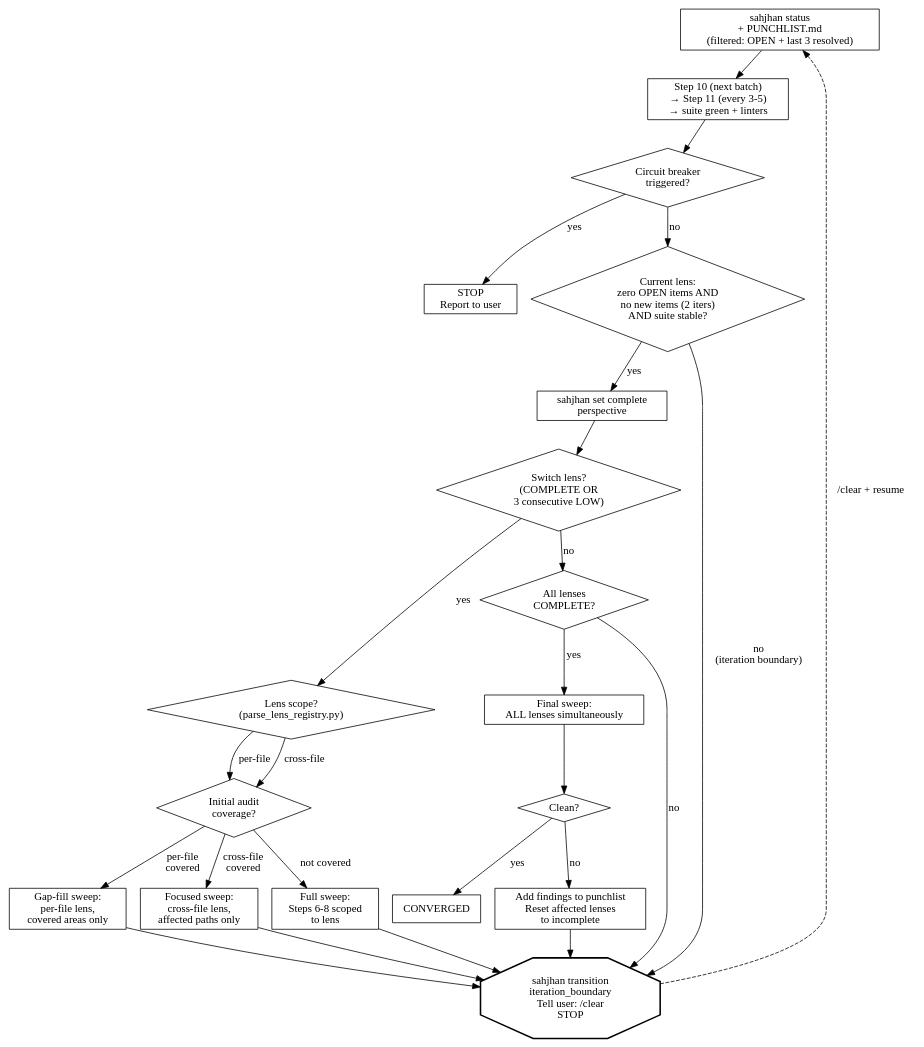
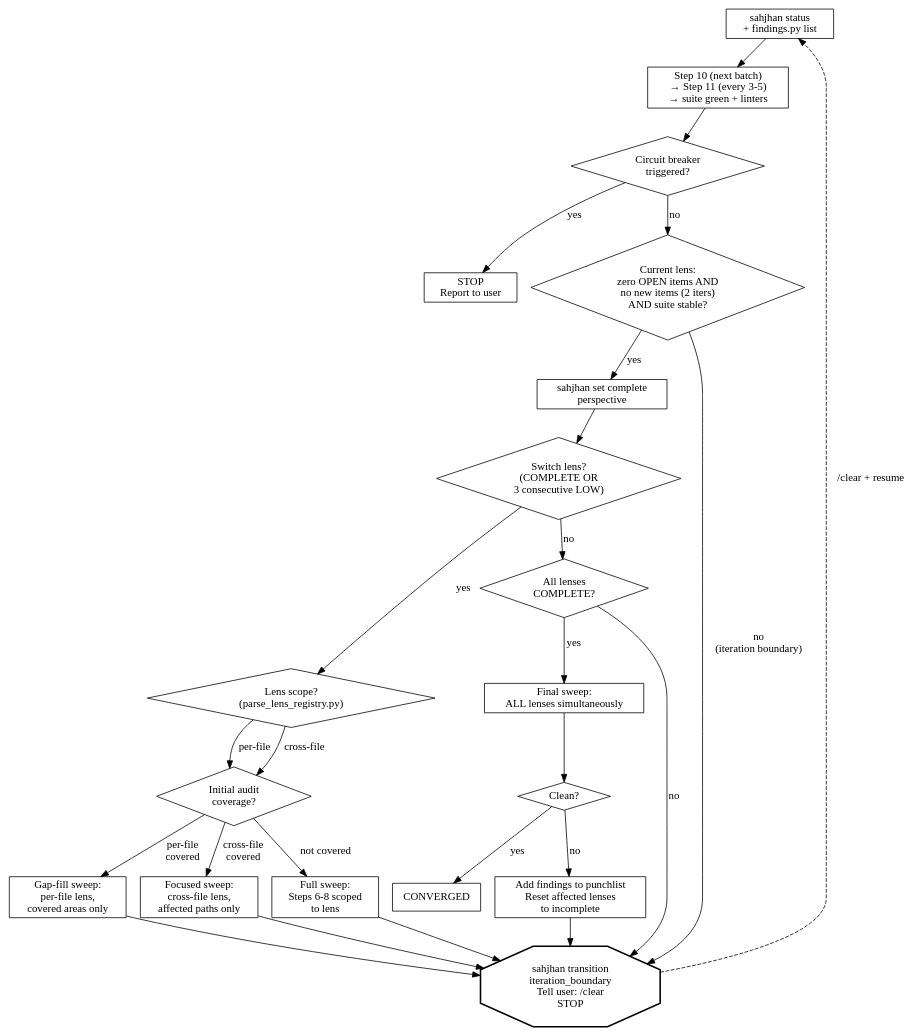
One commit to jbrjake/holtz changed the diagram in skills/holtz/references/phase-fix-loop.md. Above: the diagram before and after it, drawn with Graphviz. The commit also changed other lines of this file and 11 other files, not shown here.

First line of the commit message:
feat(enforcement): split the punchlist into open work and an archive

````diff
--- a/skills/holtz/references/phase-fix-loop.md
+++ b/skills/holtz/references/phase-fix-loop.md
@@ -177,50 +181,50 @@
 ```dot
 digraph {
   rankdir=TB
   node [shape=box]
 
-  recover [label="sahjhan status\n+ PUNCHLIST.md\n(filtered: OPEN + last 3 resolved)"]
+  recover [label="sahjhan status\n+ findings.py list"]
   fix_loop [label="Step 10 (next batch)\n→ Step 11 (every 3-5)\n→ suite green + linters"]
   breaker [label="Circuit breaker\ntriggered?" shape=diamond]
   stop [label="STOP\nReport to user"]
   lens_clean [label="Current lens:\nzero OPEN items AND\nno new items (2 iters)\nAND suite stable?" shape=diamond]
   mark [label="sahjhan set complete\nperspective"]
   switch [label="Switch lens?\n(COMPLETE OR\n3 consecutive LOW)" shape=diamond]
   scope_check [label="Lens scope?\n(parse_lens_registry.py)" shape=diamond]
   gap_fill [label="Gap-fill sweep:\nper-file lens,\ncovered areas only"]
   focused [label="Focused sweep:\ncross-file lens,\naffected paths only"]
   full_sweep [label="Full sweep:\nSteps 6-8 scoped\nto lens"]
   coverage [label="Initial audit\ncoverage?" shape=diamond]
   all_done [label="All lenses\nCOMPLETE?" shape=diamond]
   final [label="Final sweep:\nALL lenses simultaneously"]
   clean [label="Clean?" shape=diamond]
   converged [label="CONVERGED"]
   reset [label="Add findings to punchlist\nReset affected lenses\nto incomplete"]
   boundary [label="sahjhan transition\niteration_boundary\nTell user: /clear\nSTOP" shape=octagon style=bold]
 
   recover -> fix_loop
   fix_loop -> breaker
   breaker -> stop [label="yes"]
   breaker -> lens_clean [label="no"]
   lens_clean -> mark [label="yes"]
   lens_clean -> boundary [label="no\n(iteration boundary)"]
   mark -> switch
   switch -> scope_check [label="yes"]
   switch -> all_done [label="no"]
   scope_check -> coverage [label="per-file"]
   scope_check -> coverage [label="cross-file"]
   coverage -> gap_fill [label="per-file\ncovered"]
   coverage -> focused [label="cross-file\ncovered"]
   coverage -> full_sweep [label="not covered"]
   gap_fill -> boundary
   focused -> boundary
   full_sweep -> boundary
   all_done -> final [label="yes"]
   all_done -> boundary [label="no"]
   final -> clean
   clean -> converged [label="yes"]
   clean -> reset [label="no"]
   reset -> boundary
   boundary -> recover [style=dashed label="/clear + resume"]
 }
 ```
````
